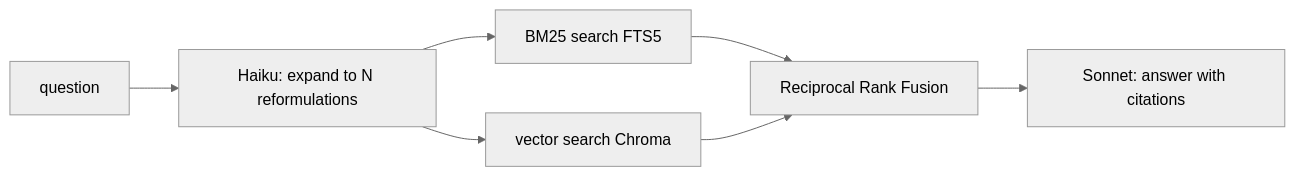
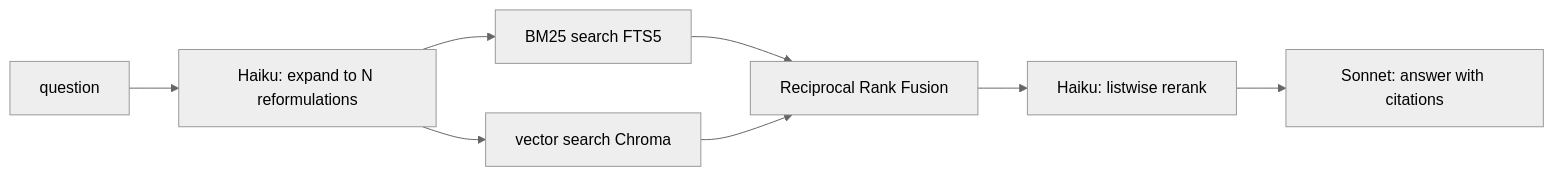
Before and after one commit to fireflyframework/fireflyframework-genai: the second of 2 diagrams in docs/use-case-corpus-search.md, drawn with Mermaid (neutral theme). The commit also changed other lines of this file and 4 other files, not shown here.

````diff
--- a/docs/use-case-corpus-search.md
+++ b/docs/use-case-corpus-search.md
@@ -114,9 +118,10 @@
 ```mermaid
 graph LR
     Q[question] --> EXP[Haiku: expand to N reformulations]
     EXP --> BM25[BM25 search FTS5]
     EXP --> VEC[vector search Chroma]
     BM25 --> RRF[Reciprocal Rank Fusion]
     VEC --> RRF
-    RRF --> ANS[Sonnet: answer with citations]
+    RRF --> RR[Haiku: listwise rerank]
+    RR --> ANS[Sonnet: answer with citations]
 ```
````
